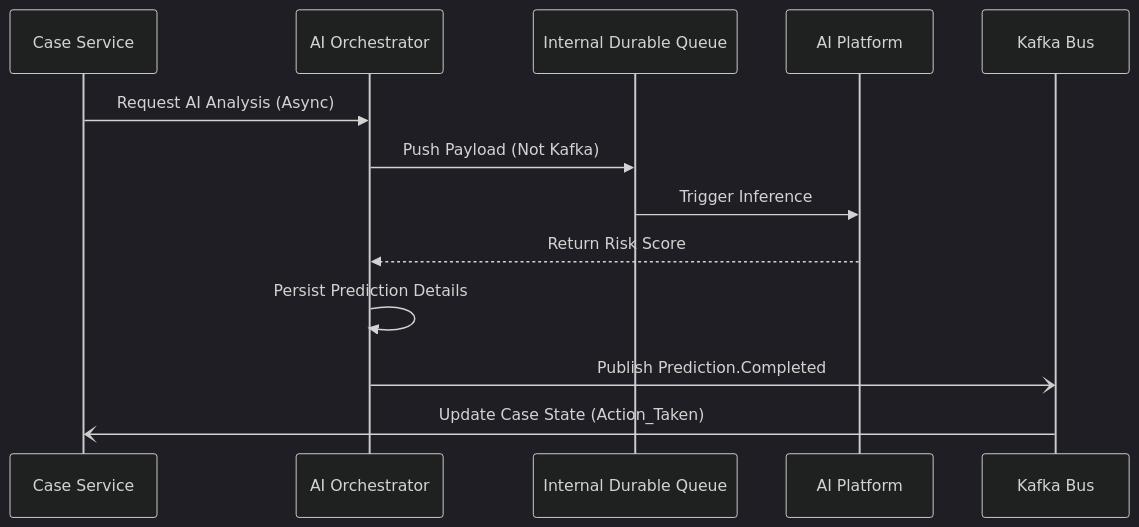
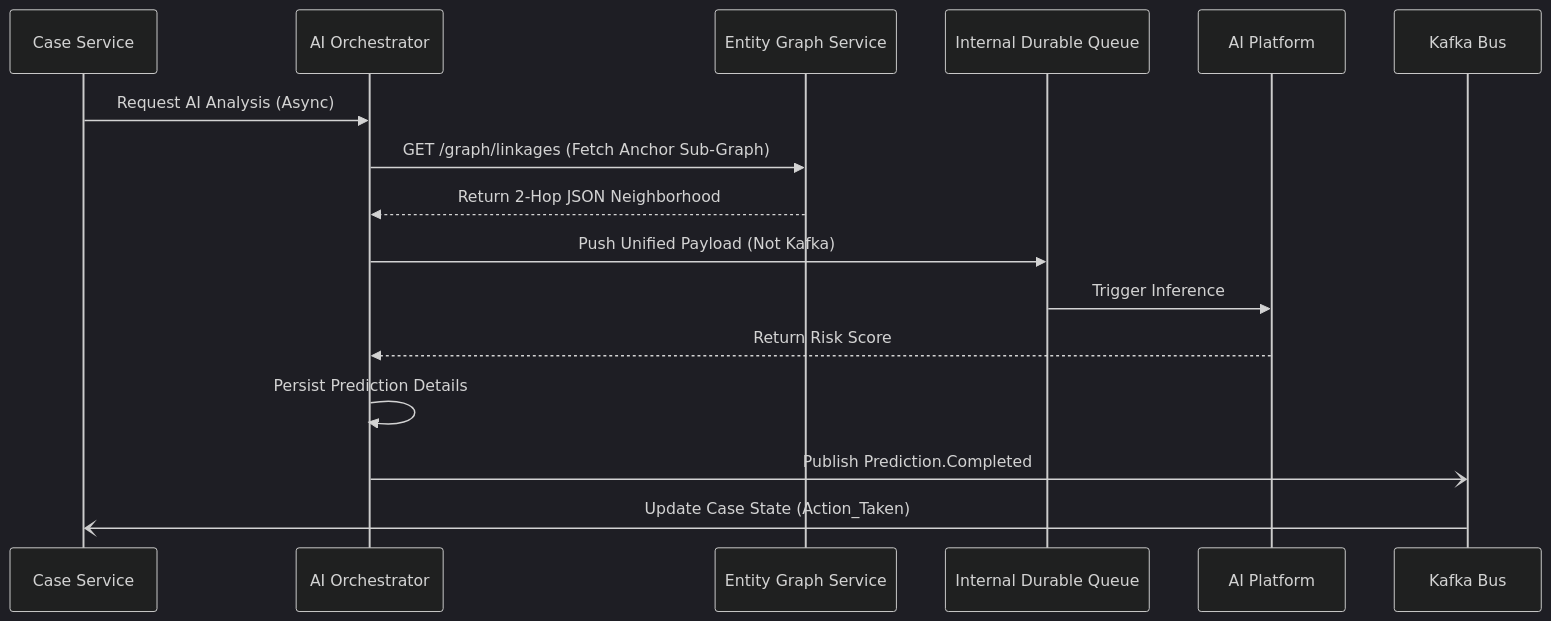
Before and after one commit to DigantaSen/Cyber-Fraud-Detection-Service: diagram 15 of 18 in HLD.md, drawn with Mermaid (dark theme). The commit also changed other lines of this file and 484 other files, not shown here.

````diff
--- a/HLD.md
+++ b/HLD.md
@@ -407,16 +461,19 @@
 ```mermaid
 sequenceDiagram
     participant Case as Case Service
     participant Orch as AI Orchestrator
+    participant Graph as Entity Graph Service
     participant Queue as Internal Durable Queue
     participant AI as AI Platform
     participant Kafka as Kafka Bus
     
     Case->>Orch: Request AI Analysis (Async)
-    Orch->>Queue: Push Payload (Not Kafka)
+    Orch->>Graph: GET /graph/linkages (Fetch Anchor Sub-Graph)
+    Graph-->>Orch: Return 2-Hop JSON Neighborhood
+    Orch->>Queue: Push Unified Payload (Not Kafka)
     Queue->>AI: Trigger Inference
     AI-->>Orch: Return Risk Score
     Orch->>Orch: Persist Prediction Details
     Orch-)Kafka: Publish Prediction.Completed
     Kafka-)Case: Update Case State (Action_Taken)
 ```
````
